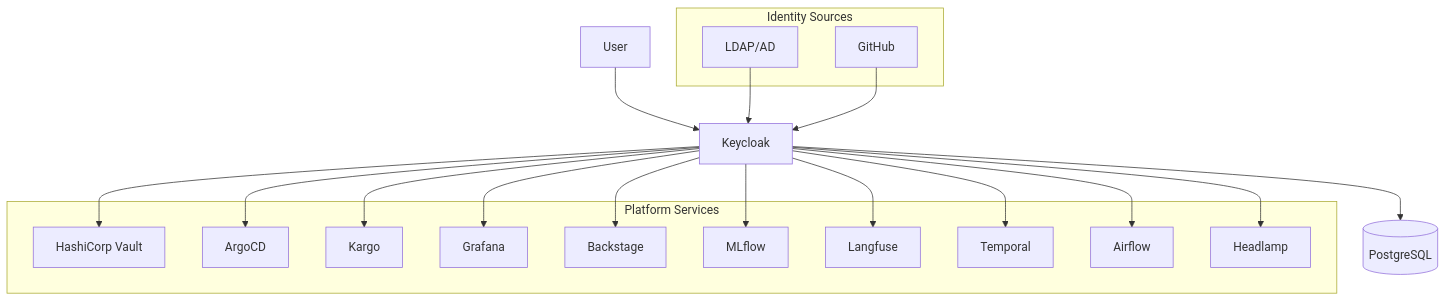
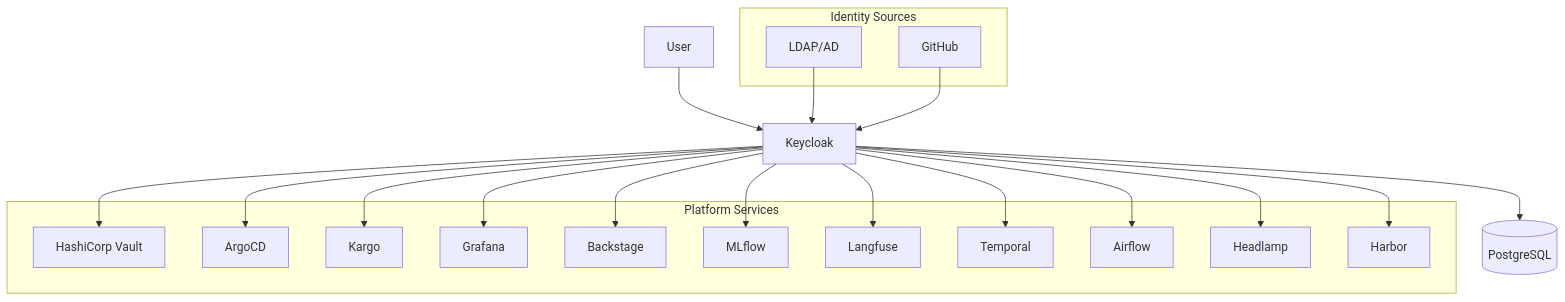
Before and after one commit to thatmlopsguy/dokaseca-control-plane: the diagram in docs/identity.md, drawn with Mermaid. The commit also changed 9 other files, not shown here.

Commit message:
feat: add Harbor and ChartMuseum support in various configurations and documentation

````diff
--- a/docs/identity.md
+++ b/docs/identity.md
@@ -18,37 +18,39 @@
 ```mermaid
 graph TB
     User[User] --> KC[Keycloak]
     KC --> Vault[HashiCorp Vault]
     KC --> ArgoCD[ArgoCD]
     KC --> Kargo[Kargo]
     KC --> Grafana[Grafana]
     KC --> Backstage[Backstage]
     KC --> MLflow[MLflow]
     KC --> Langfuse[Langfuse]
     KC --> Temporal[Temporal]
     KC --> Airflow[Airflow]
     KC --> Headlamp[Headlamp]
+    KC --> Harbor[Harbor]
 
     KC --> DB[(PostgreSQL)]
 
     subgraph "Identity Sources"
         LDAP[LDAP/AD]
         GitHub[GitHub]
     end
 
     LDAP --> KC
     GitHub --> KC
 
     subgraph "Platform Services"
         Vault
         ArgoCD
         Kargo
         Grafana
         Backstage
         MLflow
         Langfuse
         Temporal
         Airflow
         Headlamp
+        Harbor
     end
 ```
````
